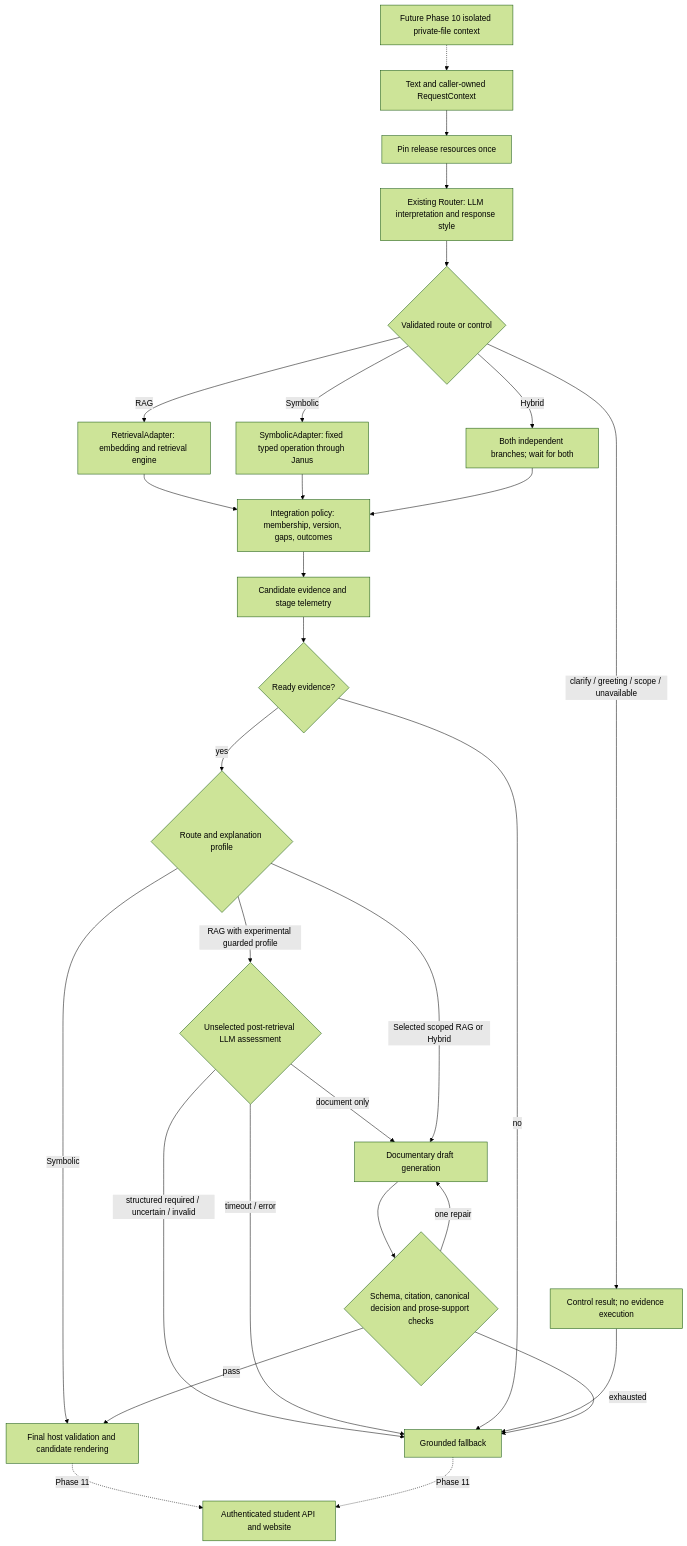
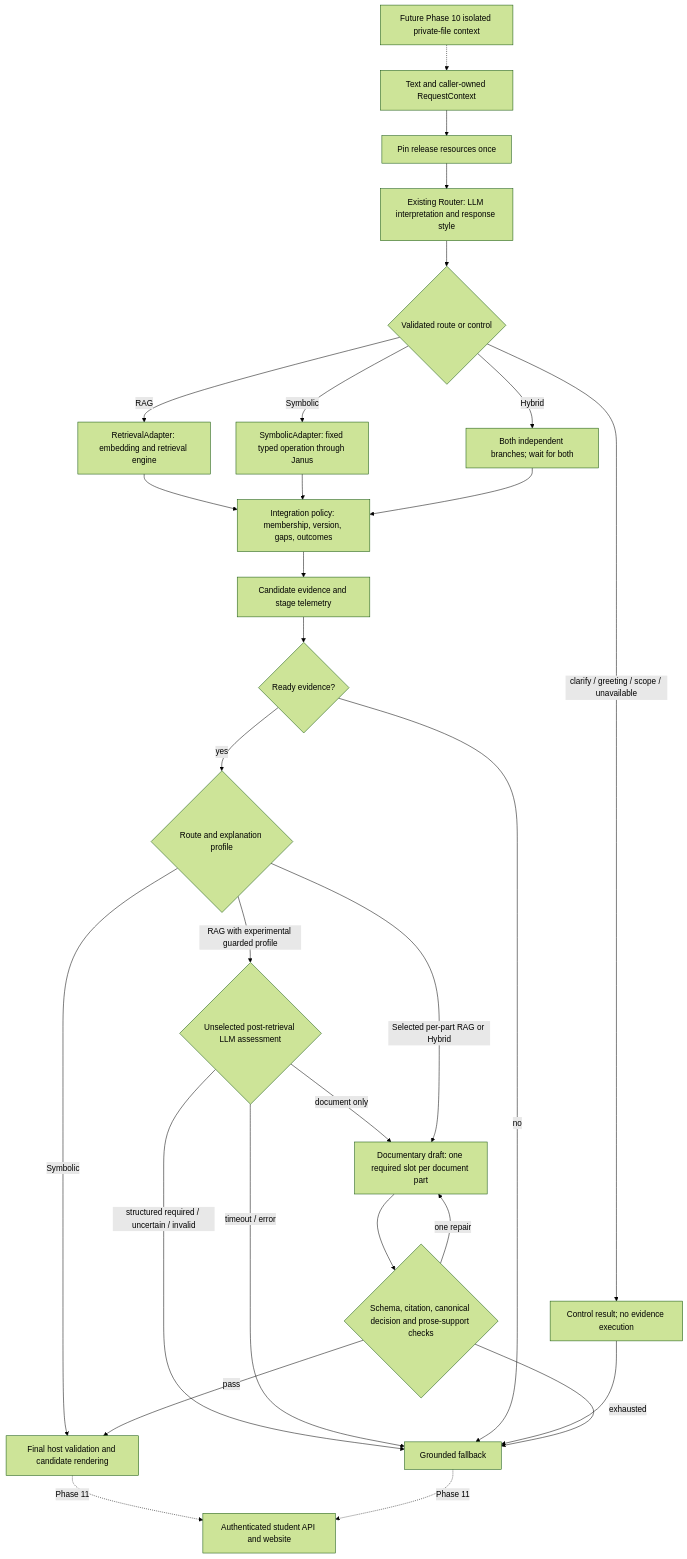
The second of 2 diagrams in docs/development/pipelines.md (bintanong420/Bintanong), drawn with Mermaid (forest theme) before and after one commit. The commit also changed other lines of this file and 12 other files, not shown here.

First line of the commit message:
feat(generation): require one answer slot per question part

````diff
--- a/docs/development/pipelines.md
+++ b/docs/development/pipelines.md
@@ -62,31 +62,31 @@
 ```mermaid
 flowchart TD
     Q[Text and caller-owned RequestContext] --> P[Pin release resources once]
     P --> L[Existing Router: LLM interpretation and response style]
     L --> G{Validated route or control}
     G -->|clarify / greeting / scope / unavailable| C[Control result; no evidence execution]
     G -->|RAG| R[RetrievalAdapter: embedding and retrieval engine]
     G -->|Symbolic| S[SymbolicAdapter: fixed typed operation through Janus]
     G -->|Hybrid| H[Both independent branches; wait for both]
     R --> I[Integration policy: membership, version, gaps, outcomes]
     S --> I
     H --> I
     I --> E[Candidate evidence and stage telemetry]
     E --> K{Ready evidence?}
     K -->|yes| X{Route and explanation profile}
     X -->|RAG with experimental guarded profile| PG{Unselected post-retrieval LLM assessment}
-    PG -->|document only| D[Documentary draft generation]
+    PG -->|document only| D[Documentary draft: one required slot per document part]
     PG -->|structured required / uncertain / invalid| B
     PG -->|timeout / error| B
-    X -->|Selected scoped RAG or Hybrid| D
+    X -->|Selected per-part RAG or Hybrid| D
     X -->|Symbolic| A
     K -->|no| B
     C --> B
     D --> V{Schema, citation, canonical decision and prose-support checks}
     V -->|pass| A[Final host validation and candidate rendering]
     V -->|one repair| D
     V -->|exhausted| B[Grounded fallback]
     A -. Phase 11 .-> U[Authenticated student API and website]
     B -. Phase 11 .-> U
     F[Future Phase 10 isolated private-file context] -.-> Q
 ```
````
